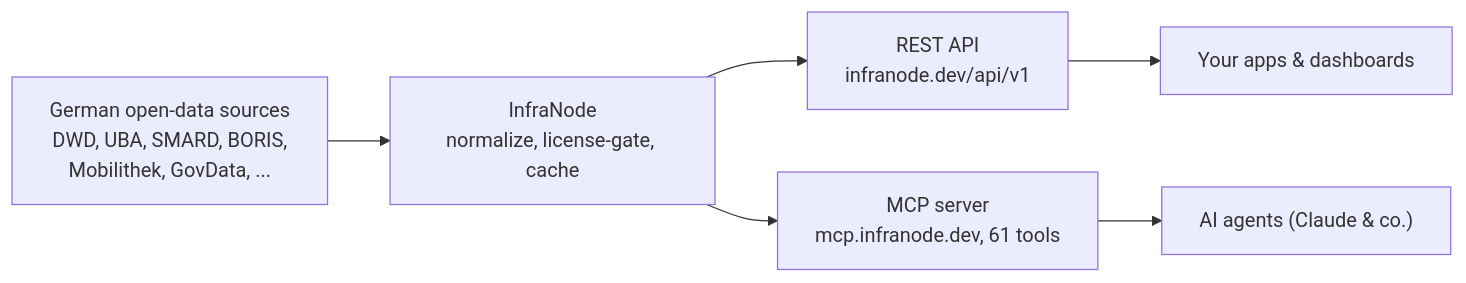
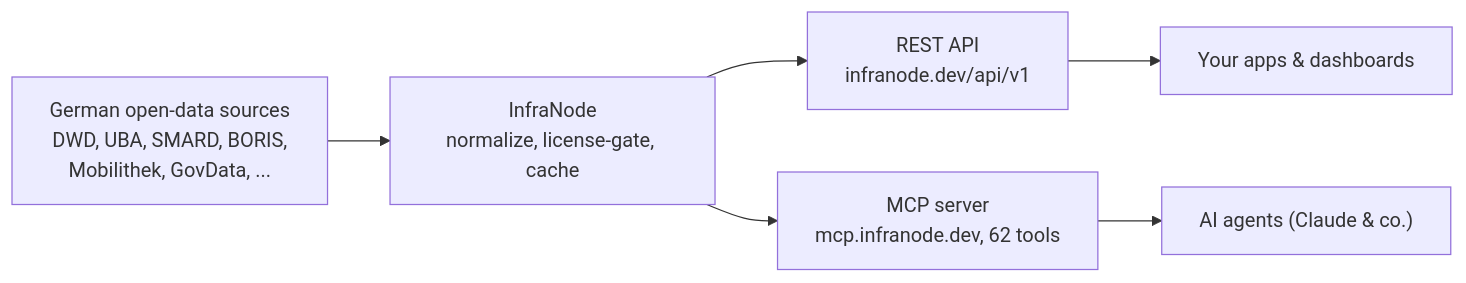
One commit to street1983nk/infranode changed the diagram in README.md. Above: the diagram before and after it, drawn with Mermaid. The commit also changed other lines of this file and 22 other files, not shown here.

````diff
--- a/README.md
+++ b/README.md
@@ -30,8 +30,8 @@
 ```mermaid
 flowchart LR
     SRC["German open-data sources<br/>DWD, UBA, SMARD, BORIS,<br/>Mobilithek, GovData, ..."] --> CORE["InfraNode<br/>normalize, license-gate, cache"]
     CORE --> API["REST API<br/>infranode.dev/api/v1"]
-    CORE --> MCP["MCP server<br/>mcp.infranode.dev, 61 tools"]
+    CORE --> MCP["MCP server<br/>mcp.infranode.dev, 62 tools"]
     API --> APPS["Your apps &amp; dashboards"]
     MCP --> AGENTS["AI agents (Claude &amp; co.)"]
 ```
````
